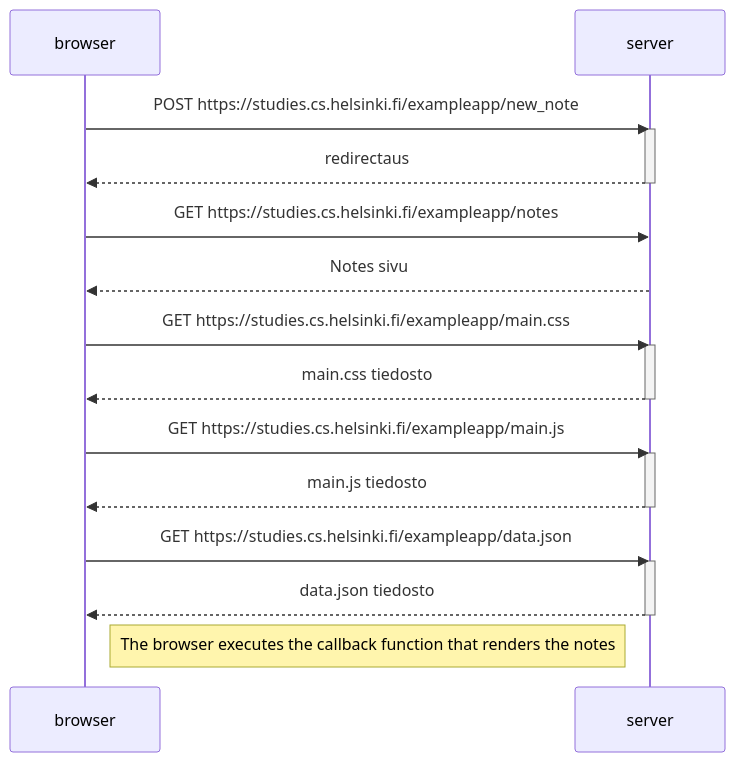
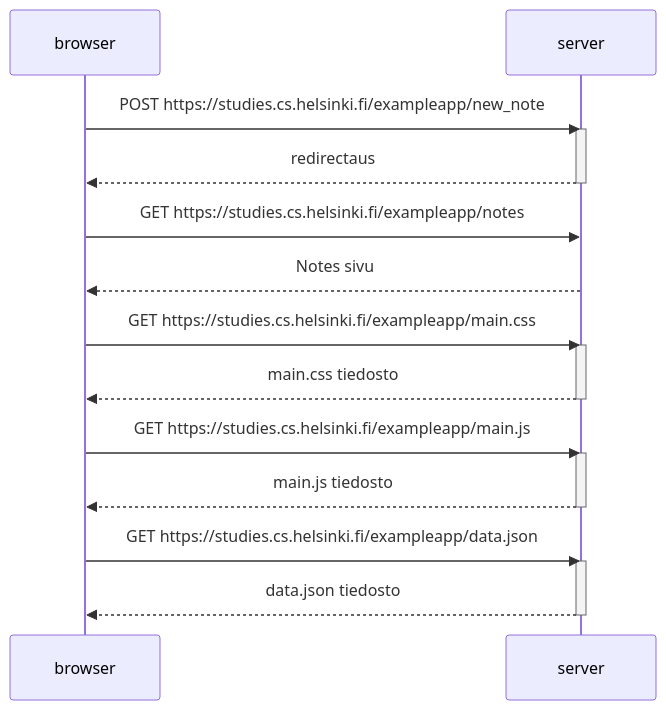
One commit to Latemaster/FullStack_Palautusrepositorio changed the diagram in Osa0/0.4_uusimuistiinpano/uusimuistiinpano.md. Above: the diagram before and after it, drawn with Mermaid.

````diff
--- a/Osa0/0.4_uusimuistiinpano/uusimuistiinpano.md
+++ b/Osa0/0.4_uusimuistiinpano/uusimuistiinpano.md
@@ -1,30 +1,28 @@
 ```mermaid
 sequenceDiagram
     participant browser
     participant server
     
     browser->>server: POST https://studies.cs.helsinki.fi/exampleapp/new_note
     activate server
     server-->>browser: redirectaus
     deactivate server
     
     browser->>server: GET https://studies.cs.helsinki.fi/exampleapp/notes
     server-->>browser: Notes sivu
     
     browser->>server: GET https://studies.cs.helsinki.fi/exampleapp/main.css
     activate server
     server-->>browser: main.css tiedosto
     deactivate server
     
     browser->>server:  GET https://studies.cs.helsinki.fi/exampleapp/main.js
     activate server
     server-->>browser: main.js tiedosto
     deactivate server
 
     browser->>server:  GET https://studies.cs.helsinki.fi/exampleapp/data.json
     activate server
     server-->>browser: data.json tiedosto
-    deactivate server
-
-    Note right of browser: The browser executes the callback function that renders the notes 
+    deactivate server 
 ```
````
